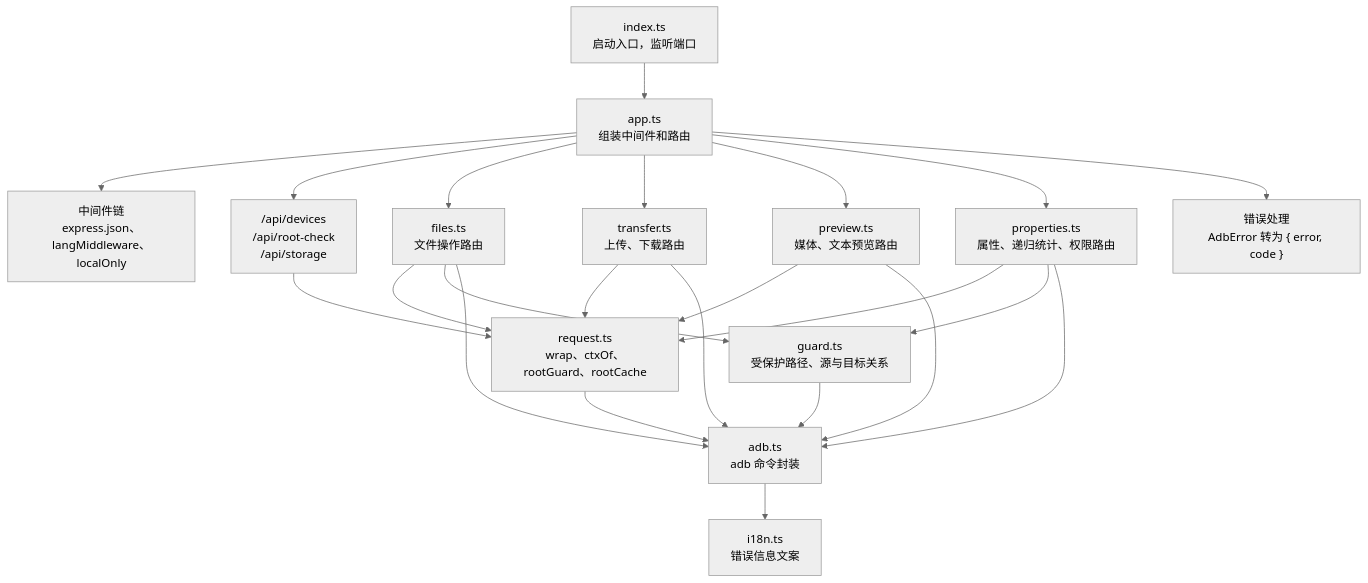
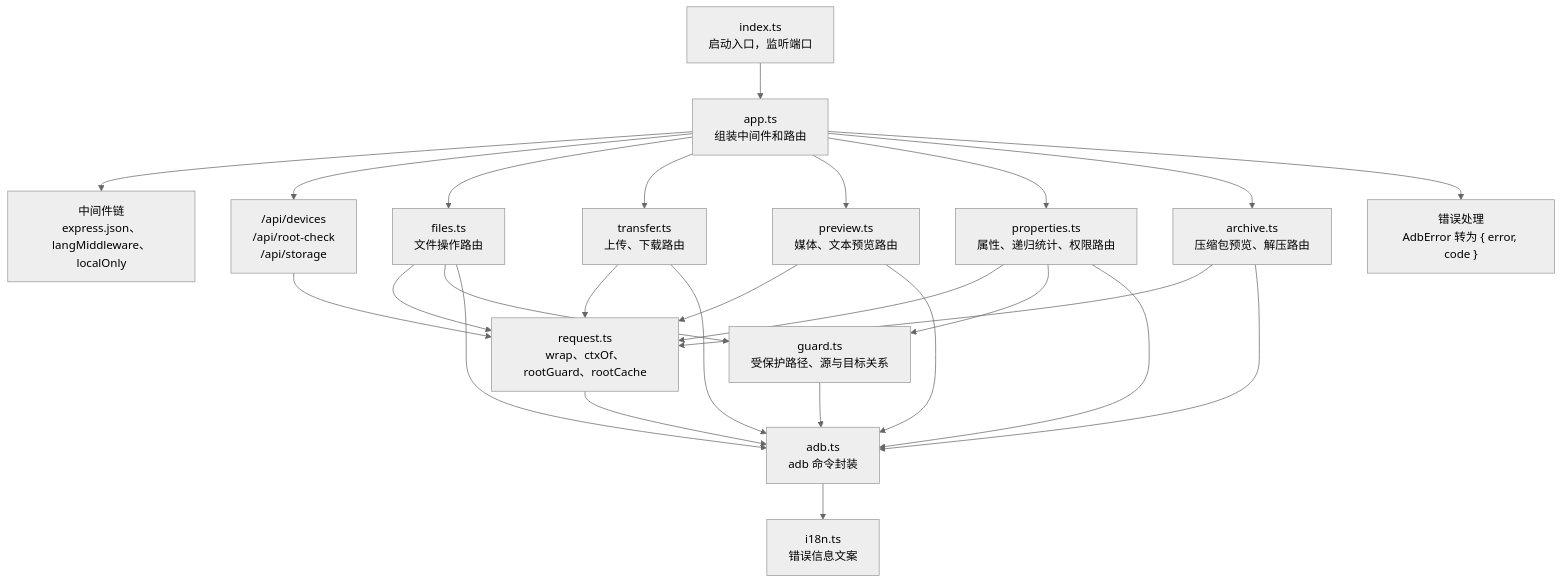
The third of 11 diagrams in docs/architecture.md (wynnyu/adb-file-manager), drawn with Mermaid (neutral theme) before and after one commit. The commit also changed other lines of this file and 30 other files, not shown here.

````diff
--- a/docs/architecture.md
+++ b/docs/architecture.md
@@ -65,15 +65,16 @@
 ```mermaid
 flowchart TB
   index["index.ts<br/>启动入口，监听端口"] --> app["app.ts<br/>组装中间件和路由"]
   app --> mw["中间件链<br/>express.json、langMiddleware、localOnly"]
   app --> devRoutes["/api/devices<br/>/api/root-check<br/>/api/storage"]
   app --> files["files.ts<br/>文件操作路由"]
   app --> transfer["transfer.ts<br/>上传、下载路由"]
   app --> preview["preview.ts<br/>媒体、文本预览路由"]
   app --> properties["properties.ts<br/>属性、递归统计、权限路由"]
+  app --> archive["archive.ts<br/>压缩包预览、解压路由"]
   app --> errh["错误处理<br/>AdbError 转为 { error, code }"]
-  files & transfer & preview & properties & devRoutes --> request["request.ts<br/>wrap、ctxOf、rootGuard、rootCache"]
+  files & transfer & preview & properties & archive & devRoutes --> request["request.ts<br/>wrap、ctxOf、rootGuard、rootCache"]
   files & properties --> guard["guard.ts<br/>受保护路径、源与目标关系"]
-  request & guard & files & transfer & preview & properties --> adb["adb.ts<br/>adb 命令封装"]
+  request & guard & files & transfer & preview & properties & archive --> adb["adb.ts<br/>adb 命令封装"]
   adb --> i18n["i18n.ts<br/>错误信息文案"]
 ```
````
